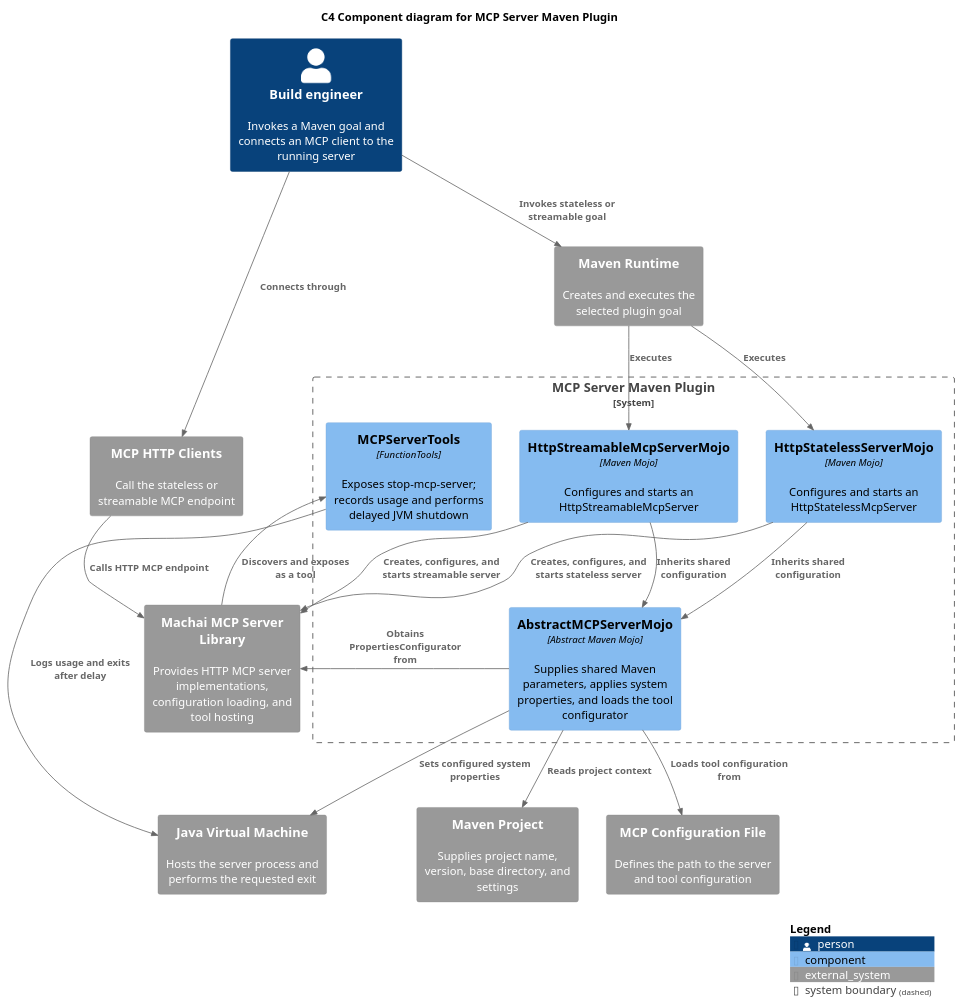
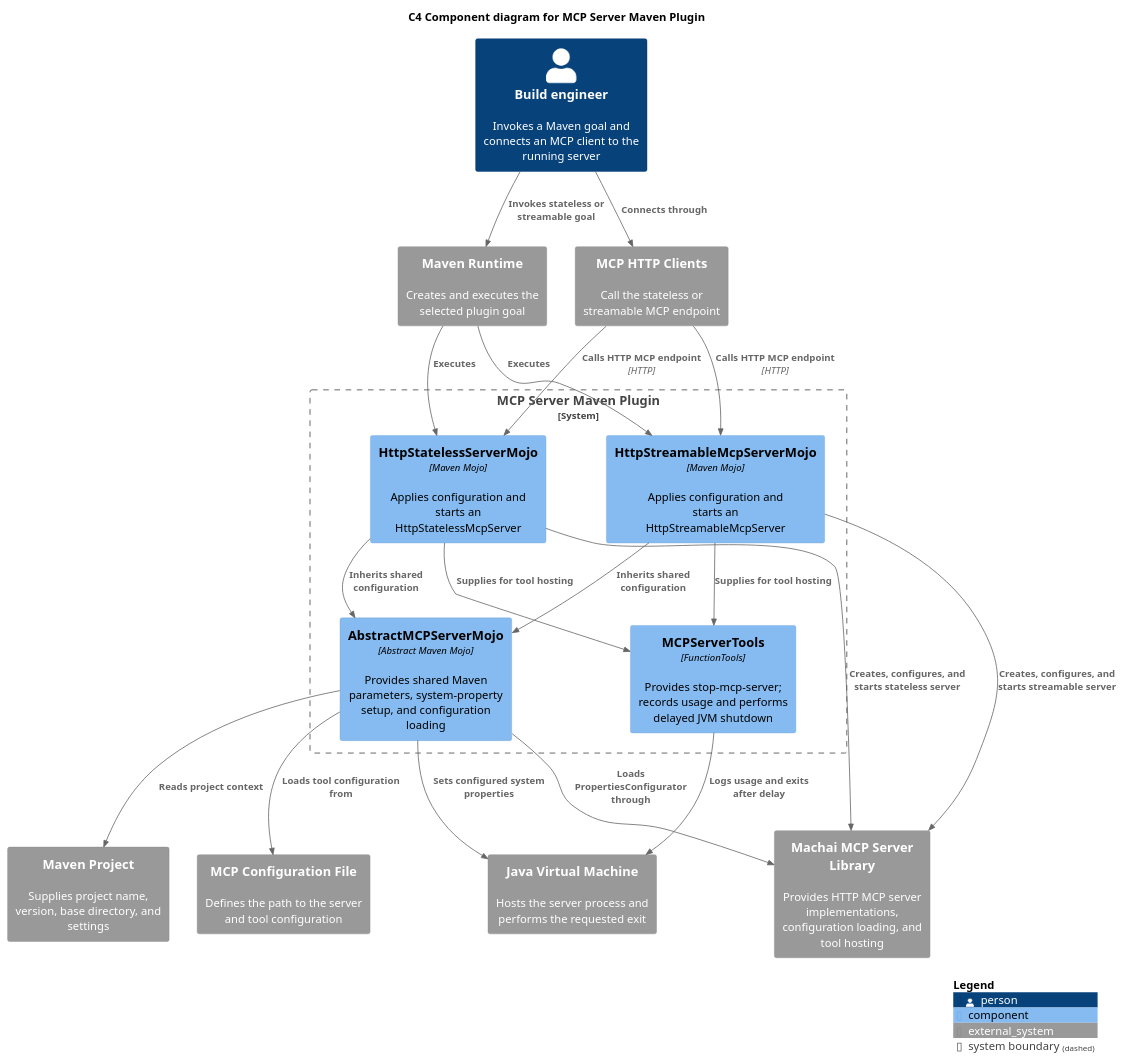
One commit to machanism-org/machai changed the diagram in mcp-server-maven-plugin/src/site/puml/c4-diagram.puml. Above: the diagram before and after it, drawn with PlantUML. The commit also changed 45 other files, not shown here.

```diff
--- a/mcp-server-maven-plugin/src/site/puml/c4-diagram.puml
+++ b/mcp-server-maven-plugin/src/site/puml/c4-diagram.puml
@@ -10,38 +10,40 @@
 @startuml
 !includeurl https://raw.githubusercontent.com/plantuml-stdlib/C4-PlantUML/master/C4_Component.puml
 
 title C4 Component diagram for MCP Server Maven Plugin
 
 Person(developer, "Build engineer", "Invokes a Maven goal and connects an MCP client to the running server")
 System_Ext(maven, "Maven Runtime", "Creates and executes the selected plugin goal")
 System_Ext(mavenProject, "Maven Project", "Supplies project name, version, base directory, and settings")
 System_Ext(mcpConfigFile, "MCP Configuration File", "Defines the path to the server and tool configuration")
 System_Ext(mcpClients, "MCP HTTP Clients", "Call the stateless or streamable MCP endpoint")
 System_Ext(mcpLibrary, "Machai MCP Server Library", "Provides HTTP MCP server implementations, configuration loading, and tool hosting")
 System_Ext(jvm, "Java Virtual Machine", "Hosts the server process and performs the requested exit")
 
 System_Boundary(plugin, "MCP Server Maven Plugin") {
-  Component(statelessMojo, "HttpStatelessServerMojo", "Maven Mojo", "Configures and starts an HttpStatelessMcpServer")
-  Component(streamableMojo, "HttpStreamableMcpServerMojo", "Maven Mojo", "Configures and starts an HttpStreamableMcpServer")
-  Component(abstractMojo, "AbstractMCPServerMojo", "Abstract Maven Mojo", "Supplies shared Maven parameters, applies system properties, and loads the tool configurator")
-  Component(serverTools, "MCPServerTools", "FunctionTools", "Exposes stop-mcp-server; records usage and performs delayed JVM shutdown")
+  Component(statelessMojo, "HttpStatelessServerMojo", "Maven Mojo", "Applies configuration and starts an HttpStatelessMcpServer")
+  Component(streamableMojo, "HttpStreamableMcpServerMojo", "Maven Mojo", "Applies configuration and starts an HttpStreamableMcpServer")
+  Component(abstractMojo, "AbstractMCPServerMojo", "Abstract Maven Mojo", "Provides shared Maven parameters, system-property setup, and configuration loading")
+  Component(serverTools, "MCPServerTools", "FunctionTools", "Provides stop-mcp-server; records usage and performs delayed JVM shutdown")
 }
 
 Rel(developer, maven, "Invokes stateless or streamable goal")
 Rel(developer, mcpClients, "Connects through")
 Rel(maven, statelessMojo, "Executes")
 Rel(maven, streamableMojo, "Executes")
 Rel(statelessMojo, abstractMojo, "Inherits shared configuration")
 Rel(streamableMojo, abstractMojo, "Inherits shared configuration")
 Rel(abstractMojo, mavenProject, "Reads project context")
 Rel(abstractMojo, mcpConfigFile, "Loads tool configuration from")
-Rel(abstractMojo, mcpLibrary, "Obtains PropertiesConfigurator from")
+Rel(abstractMojo, mcpLibrary, "Loads PropertiesConfigurator through")
 Rel(abstractMojo, jvm, "Sets configured system properties")
 Rel(statelessMojo, mcpLibrary, "Creates, configures, and starts stateless server")
 Rel(streamableMojo, mcpLibrary, "Creates, configures, and starts streamable server")
-Rel(mcpLibrary, serverTools, "Discovers and exposes as a tool")
-Rel(mcpClients, mcpLibrary, "Calls HTTP MCP endpoint")
+Rel(statelessMojo, serverTools, "Supplies for tool hosting")
+Rel(streamableMojo, serverTools, "Supplies for tool hosting")
+Rel(mcpClients, statelessMojo, "Calls HTTP MCP endpoint", "HTTP")
+Rel(mcpClients, streamableMojo, "Calls HTTP MCP endpoint", "HTTP")
 Rel(serverTools, jvm, "Logs usage and exits after delay")
 
 SHOW_LEGEND()
 @enduml
```
